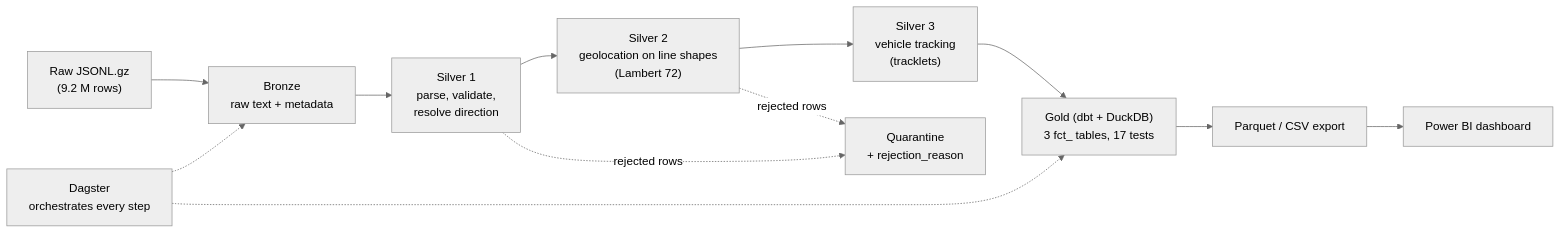
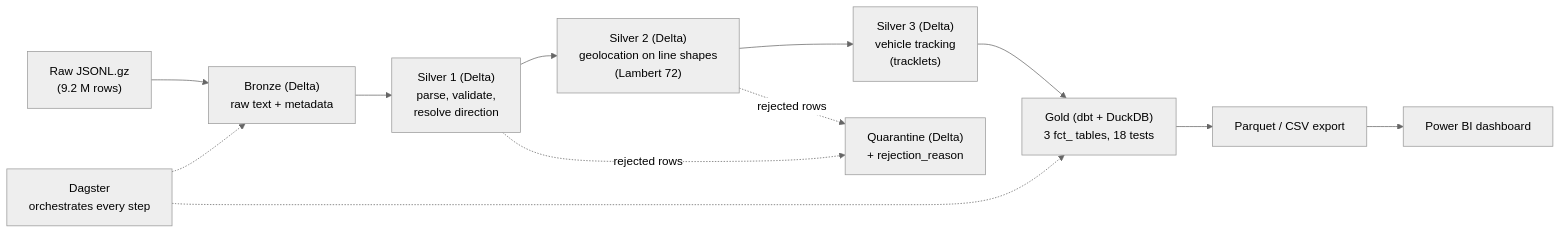
The diagram in README.md (Aelhamri/stib-lakehouse-streaming), drawn with Mermaid (neutral theme) before and after one commit. The commit also changed other lines of this file, not shown here.

Commit message:
docs: update README for Delta Lake, Docker and CI

````diff
--- a/README.md
+++ b/README.md
@@ -19,14 +19,14 @@
 ```mermaid
 flowchart LR
-    RAW["Raw JSONL.gz<br/>(9.2 M rows)"] --> B["Bronze<br/>raw text + metadata"]
-    B --> S1["Silver 1<br/>parse, validate,<br/>resolve direction"]
-    S1 --> S2["Silver 2<br/>geolocation on line shapes<br/>(Lambert 72)"]
-    S2 --> S3["Silver 3<br/>vehicle tracking<br/>(tracklets)"]
-    S1 -. rejected rows .-> Q["Quarantine<br/>+ rejection_reason"]
+    RAW["Raw JSONL.gz<br/>(9.2 M rows)"] --> B["Bronze (Delta)<br/>raw text + metadata"]
+    B --> S1["Silver 1 (Delta)<br/>parse, validate,<br/>resolve direction"]
+    S1 --> S2["Silver 2 (Delta)<br/>geolocation on line shapes<br/>(Lambert 72)"]
+    S2 --> S3["Silver 3 (Delta)<br/>vehicle tracking<br/>(tracklets)"]
+    S1 -. rejected rows .-> Q["Quarantine (Delta)<br/>+ rejection_reason"]
     S2 -. rejected rows .-> Q
-    S3 --> G["Gold (dbt + DuckDB)<br/>3 fct_ tables, 17 tests"]
+    S3 --> G["Gold (dbt + DuckDB)<br/>3 fct_ tables, 18 tests"]
     G --> E["Parquet / CSV export"]
     E --> PBI["Power BI dashboard"]
     D["Dagster<br/>orchestrates every step"] -.-> B
     D -.-> G
 ```
````
